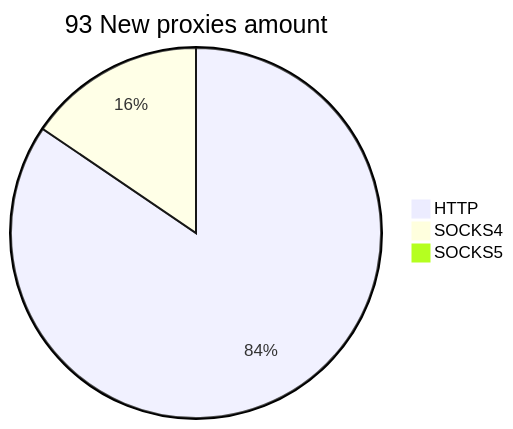
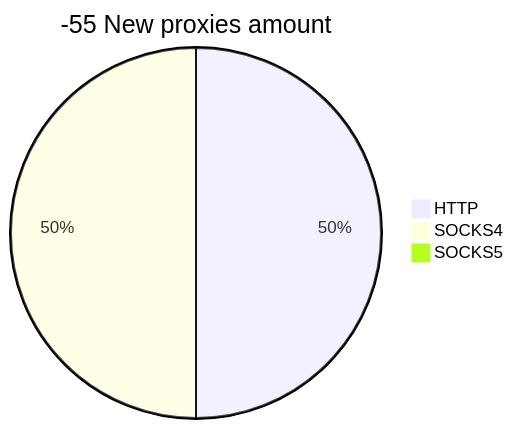
Before and after one commit to cutipu/proxylist: the second of 2 diagrams in README.md, drawn with Mermaid. The commit also changed other lines of this file, not shown here.

````diff
--- a/README.md
+++ b/README.md
@@ -10,6 +10,6 @@
 ```mermaid
-pie title 93 New proxies amount
-    "HTTP" : 109
-    "SOCKS4" : 20
+pie title -55 New proxies amount
+    "HTTP" : 1
+    "SOCKS4" : 1
     "SOCKS5" : 0
 ```
````
